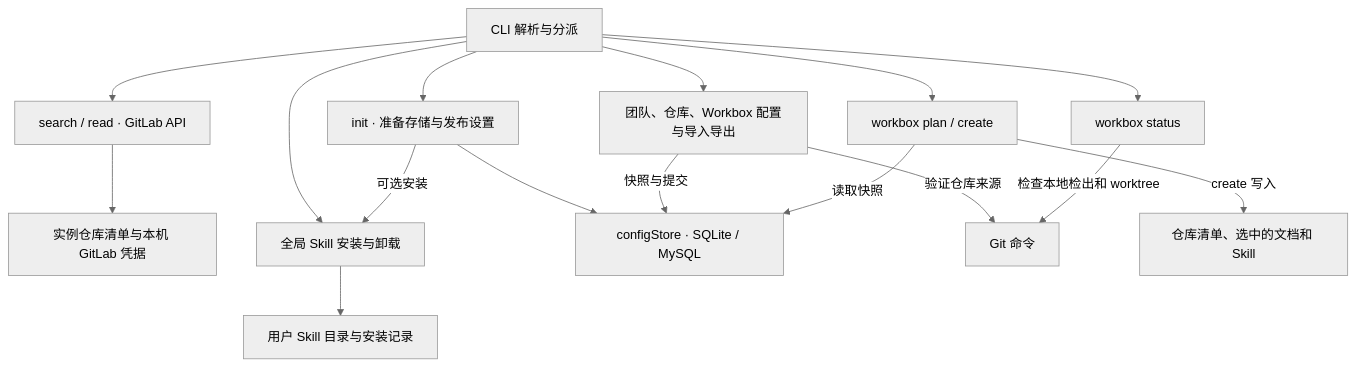
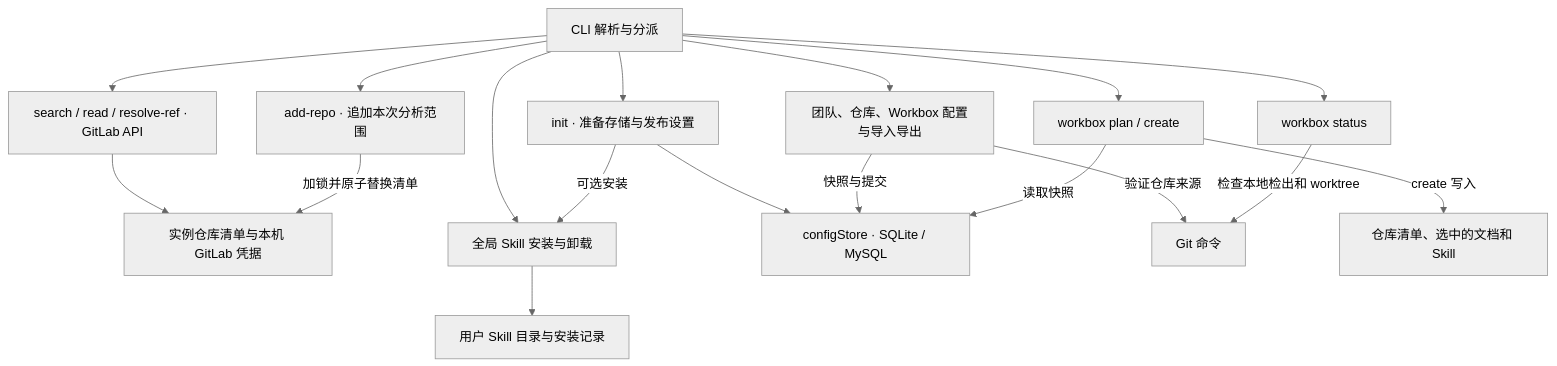
The diagram in docs/Implementation.md (MaybeLL/workbox-cli), drawn with Mermaid (neutral theme) before and after one commit. The commit also changed other lines of this file and 31 other files, not shown here.

````diff
--- a/docs/Implementation.md
+++ b/docs/Implementation.md
@@ -5,19 +5,21 @@
 ```mermaid
 flowchart TD
     CLI["CLI 解析与分派"]
     CLI --> Init["init · 准备存储与发布设置"]
-    CLI --> Remote["search / read · GitLab API"]
+    CLI --> Remote["search / read / resolve-ref · GitLab API"]
     Remote --> Manifest["实例仓库清单与本机 GitLab 凭据"]
     CLI --> Config["团队、仓库、Workbox 配置与导入导出"]
     CLI --> Prepare["workbox plan / create"]
+    CLI --> Append["add-repo · 追加本次分析范围"]
+    Append -->|加锁并原子替换清单| Manifest
     CLI --> Status["workbox status"]
     CLI --> Install["全局 Skill 安装与卸载"]
     Init --> Store["configStore · SQLite / MySQL"]
     Init -->|可选安装| Install
     Config -->|快照与提交| Store
     Prepare -->|读取快照| Store
     Config -->|验证仓库来源| Git["Git 命令"]
     Prepare -->|create 写入| Files["仓库清单、选中的文档和 Skill"]
     Status -->|检查本地检出和 worktree| Git
     Install --> Global["用户 Skill 目录与安装记录"]
 ```
````
